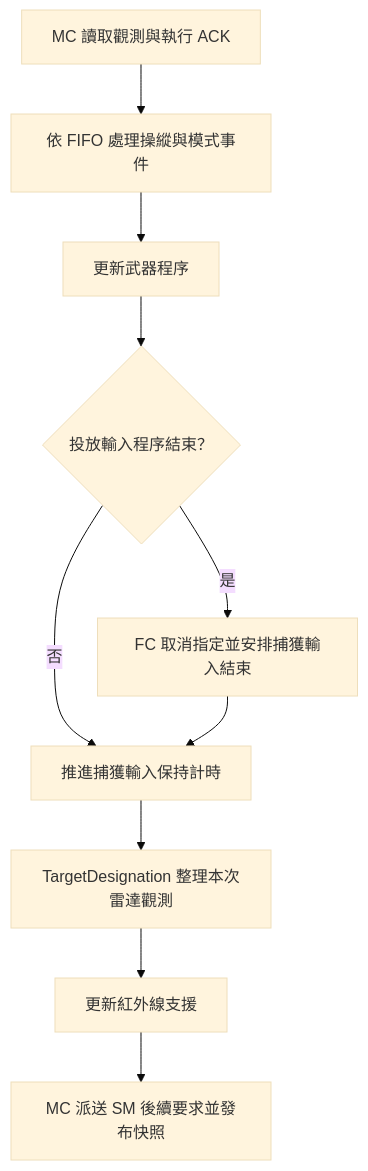
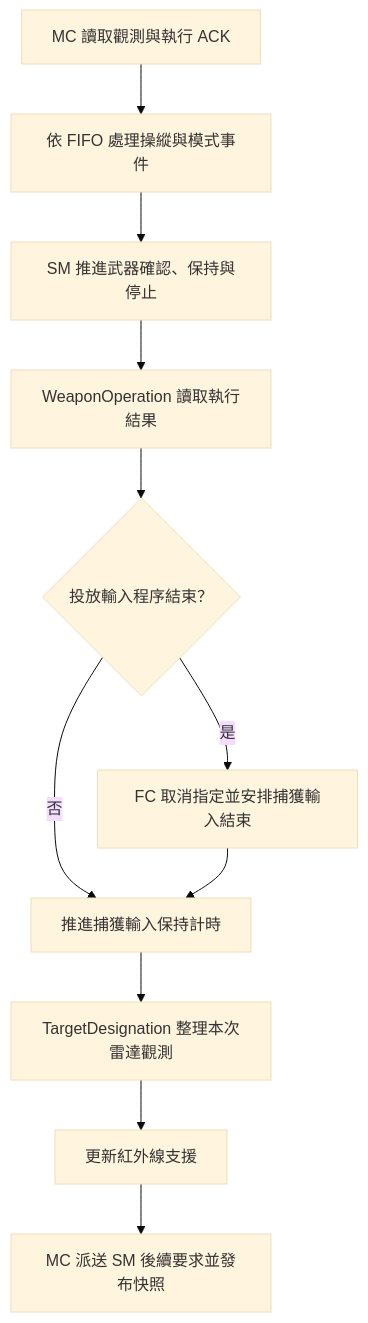
The second of 4 diagrams in src/efm/F-CK-1C_EFM/Core/Systems/MissionComputer/Components/FireControl/README.md (jjjjj103074/F-CK-1C), drawn with Mermaid (base theme) before and after one commit. The commit also changed other lines of this file and 17 other files, not shown here.

````diff
--- a/src/efm/F-CK-1C_EFM/Core/Systems/MissionComputer/Components/FireControl/README.md
+++ b/src/efm/F-CK-1C_EFM/Core/Systems/MissionComputer/Components/FireControl/README.md
@@ -51,12 +51,13 @@
 ```mermaid
 flowchart TD
     READ[MC 讀取觀測與執行 ACK] --> COMMANDS[依 FIFO 處理操縱與模式事件]
-    COMMANDS --> WEAPON[更新武器程序]
+    COMMANDS --> SMEXEC[SM 推進武器確認、保持與停止]
+    SMEXEC --> WEAPON[WeaponOperation 讀取執行結果]
     WEAPON --> RESULT{投放輸入程序結束？}
     RESULT -->|是| CANCEL[FC 取消指定並安排捕獲輸入結束]
     RESULT -->|否| TIMER[推進捕獲輸入保持計時]
     CANCEL --> TIMER
     TIMER --> OBS[TargetDesignation 整理本次雷達觀測]
     OBS --> IR[更新紅外線支援]
     IR --> PUBLISH[MC 派送 SM 後續要求並發布快照]
 ```
````
